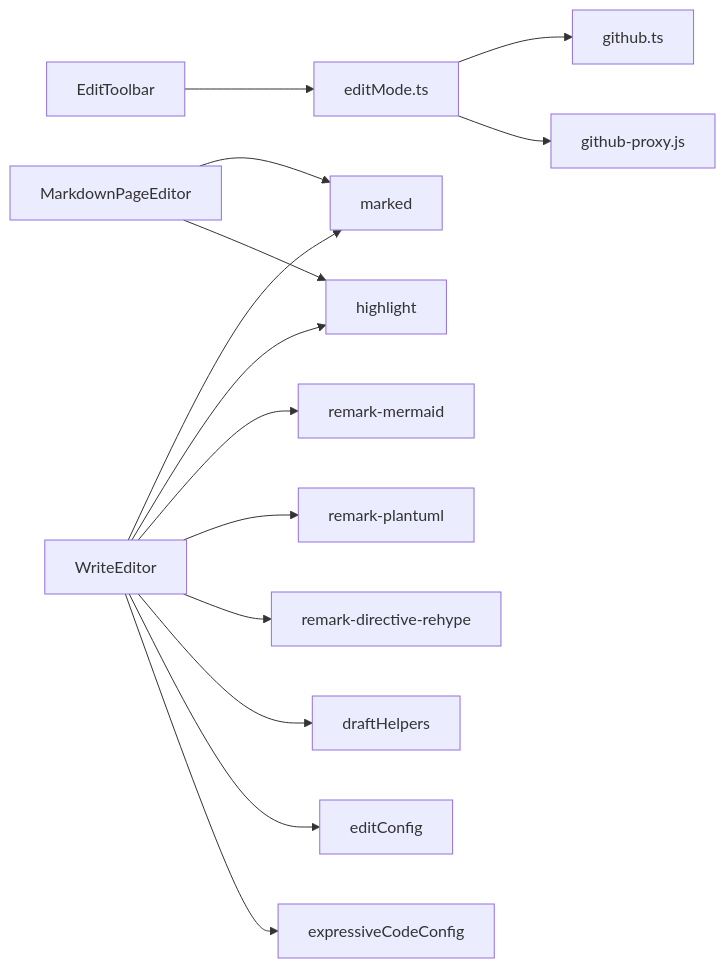
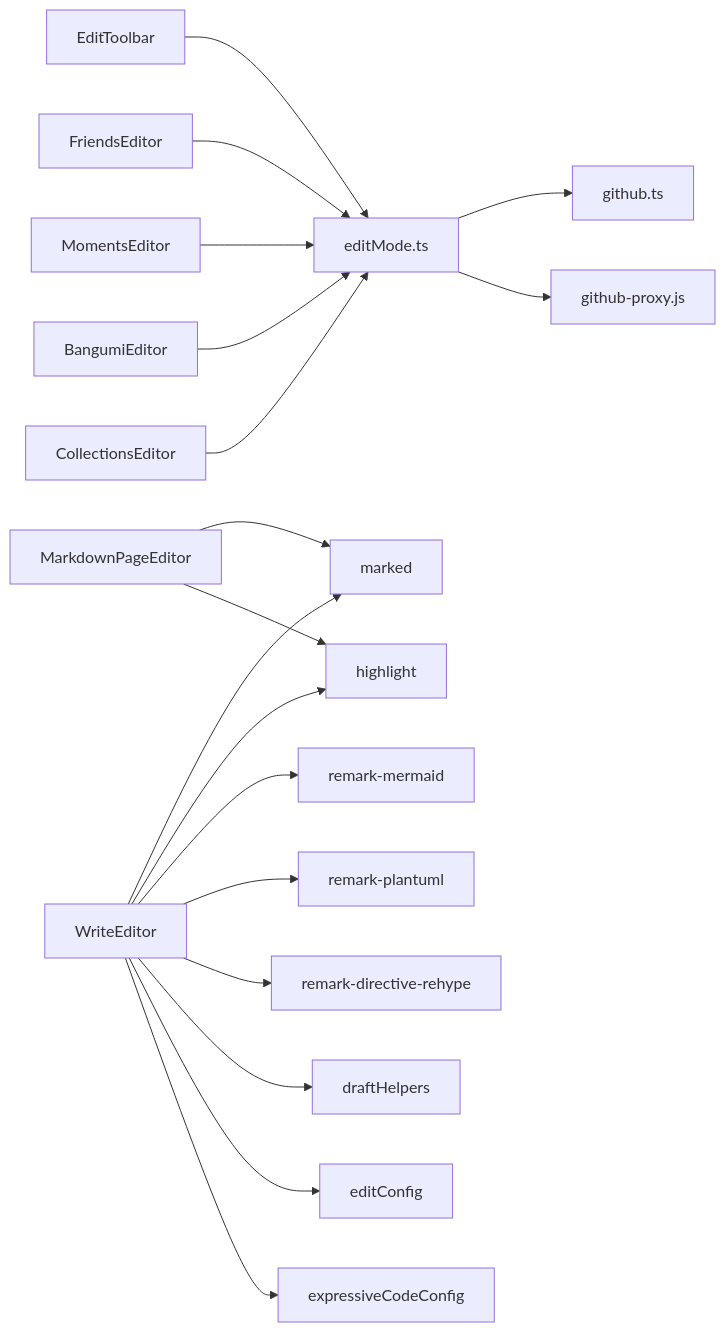
Before and after one commit to olx2990684400-sketch/olx-my-blog: diagram 11 of 11 in .qoder/repowiki/zh/content/组件系统/编辑组件.md, drawn with Mermaid. The commit also changed other lines of this file and 6 other files, not shown here.

````diff
--- a/.qoder/repowiki/zh/content/组件系统/编辑组件.md
+++ b/.qoder/repowiki/zh/content/组件系统/编辑组件.md
@@ -392,16 +563,20 @@
 ```mermaid
 graph LR
 ET["EditToolbar"] --> EM["editMode.ts"]
 WE["WriteEditor"] --> MK["marked"]
 WE --> HL["highlight"]
 WE --> RM["remark-mermaid"]
 WE --> RU["remark-plantuml"]
 WE --> RD["remark-directive-rehype"]
 WE --> DH["draftHelpers"]
 WE --> EC["editConfig"]
 WE --> EX["expressiveCodeConfig"]
 MDE["MarkdownPageEditor"] --> MK
 MDE --> HL
+FE["FriendsEditor"] --> EM
+ME["MomentsEditor"] --> EM
+BE["BangumiEditor"] --> EM
+CE["CollectionsEditor"] --> EM
 EM --> GA["github.ts"]
 EM --> GW["github-proxy.js"]
 ```
````
